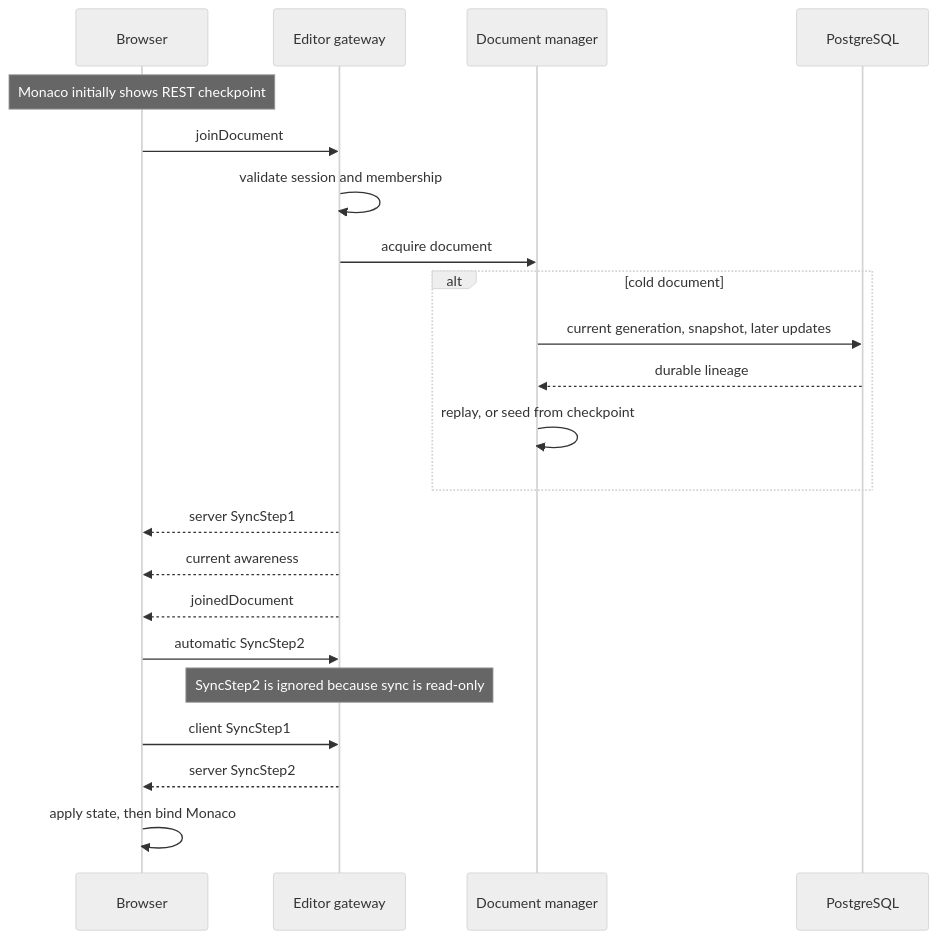
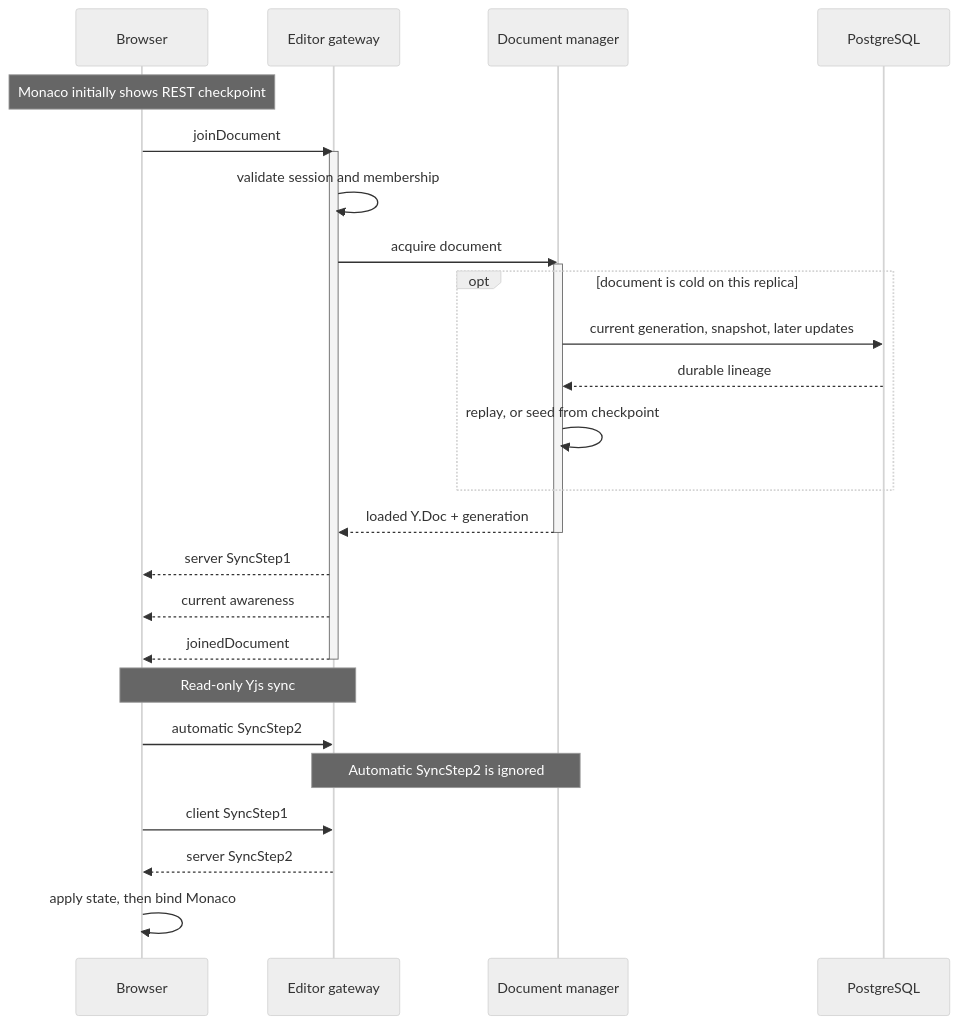
Before and after one commit to santinomarial/Meridian: the first of 2 diagrams in docs/explanation/realtime-collaboration.md, drawn with Mermaid (neutral theme). The commit also changed other lines of this file and 10 other files, not shown here.

Commit message:
Redesign architecture diagrams

````diff
--- a/docs/explanation/realtime-collaboration.md
+++ b/docs/explanation/realtime-collaboration.md
@@ -10,25 +10,32 @@
 ```mermaid
 sequenceDiagram
     participant Client as Browser
     participant Gateway as Editor gateway
     participant Manager as Document manager
     participant PG as PostgreSQL
 
     Note over Client: Monaco initially shows REST checkpoint
     Client->>Gateway: joinDocument
+    activate Gateway
     Gateway->>Gateway: validate session and membership
     Gateway->>Manager: acquire document
-    alt cold document
+    activate Manager
+    opt document is cold on this replica
         Manager->>PG: current generation, snapshot, later updates
         PG-->>Manager: durable lineage
         Manager->>Manager: replay, or seed from checkpoint
     end
+    Manager-->>Gateway: loaded Y.Doc + generation
+    deactivate Manager
     Gateway-->>Client: server SyncStep1
     Gateway-->>Client: current awareness
     Gateway-->>Client: joinedDocument
+    deactivate Gateway
+
+    Note over Client,Gateway: Read-only Yjs sync
     Client->>Gateway: automatic SyncStep2
-    Note over Gateway: SyncStep2 is ignored because sync is read-only
+    Note over Gateway,Manager: Automatic SyncStep2 is ignored
     Client->>Gateway: client SyncStep1
     Gateway-->>Client: server SyncStep2
     Client->>Client: apply state, then bind Monaco
 ```
````
